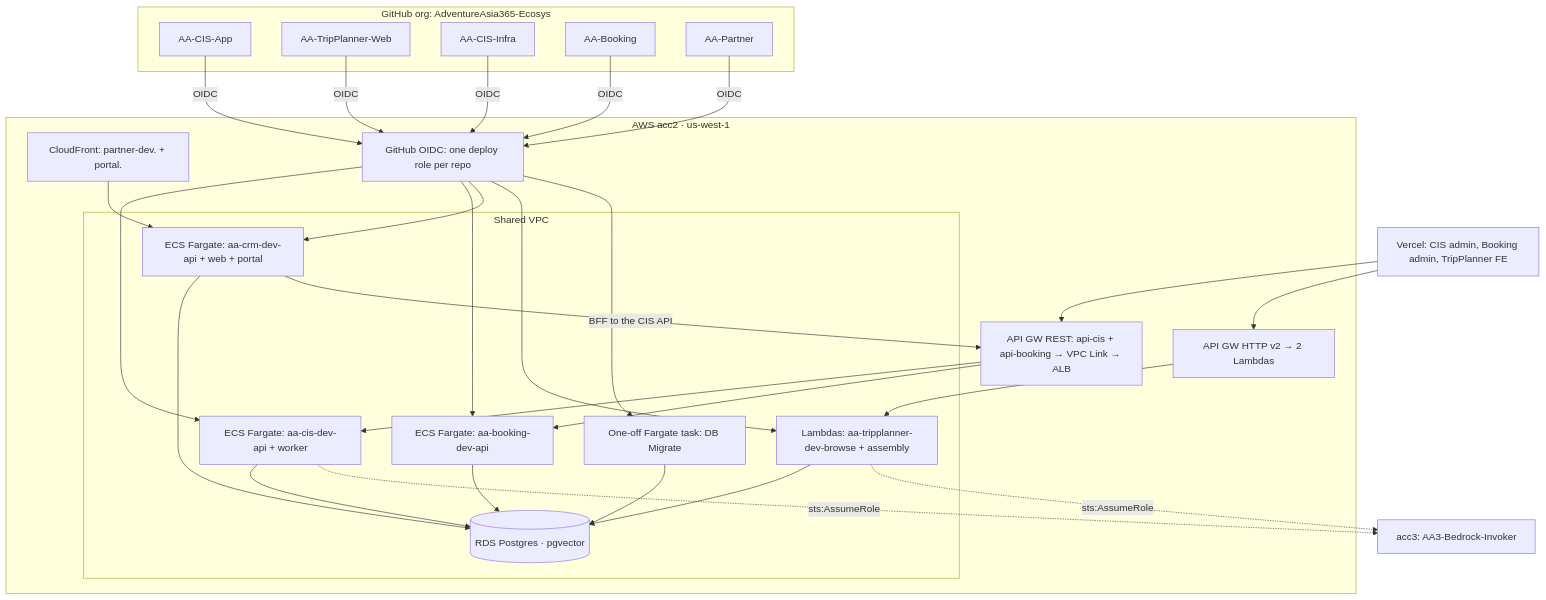
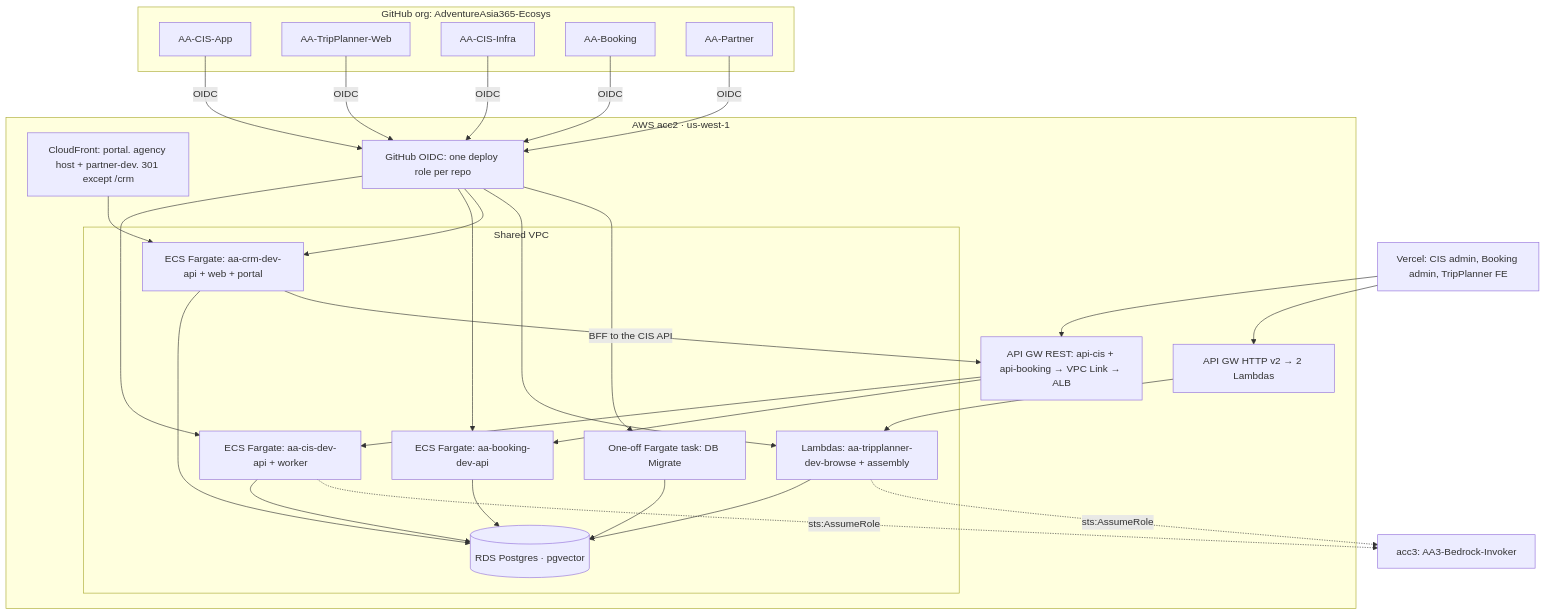
The diagram in docs/ecosystem-architecture.md (AdventureAsia365-Ecosys/AA-Ecosys), drawn with Mermaid before and after one commit. The commit also changed other lines of this file and 17 other files, not shown here.

````diff
--- a/docs/ecosystem-architecture.md
+++ b/docs/ecosystem-architecture.md
@@ -71,38 +71,38 @@
 ```mermaid
 flowchart TB
   subgraph GH[GitHub org: AdventureAsia365-Ecosys]
     R1[AA-CIS-App]
     R2[AA-TripPlanner-Web]
     R3[AA-CIS-Infra]
     R4[AA-Booking]
     R5[AA-Partner]
   end
 
   subgraph acc2[AWS acc2 · us-west-1]
     subgraph vpc[Shared VPC]
       ECS[ECS Fargate: aa-cis-dev-api + worker]
       BK[ECS Fargate: aa-booking-dev-api]
       CRM[ECS Fargate: aa-crm-dev-api + web + portal]
       RDS[(RDS Postgres · pgvector)]
       L12[Lambdas: aa-tripplanner-dev-browse + assembly]
       MIG[One-off Fargate task: DB Migrate]
     end
     APIG[API GW REST: api-cis + api-booking → VPC Link → ALB]
     APIG2[API GW HTTP v2 → 2 Lambdas]
-    CF[CloudFront: partner-dev. + portal.]
+    CF[CloudFront: portal. agency host + partner-dev. 301 except /crm]
     OIDC[GitHub OIDC: one deploy role per repo]
   end
 
   VERCEL[Vercel: CIS admin, Booking admin, TripPlanner FE]
   ACC3[acc3: AA3-Bedrock-Invoker]
 
   R1 & R2 & R3 & R4 & R5 -->|OIDC| OIDC
   OIDC --> ECS & BK & CRM & L12 & MIG
   ECS & BK & CRM & MIG & L12 --> RDS
   ECS & L12 -.sts:AssumeRole.-> ACC3
   APIG --> ECS & BK
   APIG2 --> L12
   CF --> CRM
   VERCEL --> APIG & APIG2
   CRM -->|BFF to the CIS API| APIG
 ```
````
